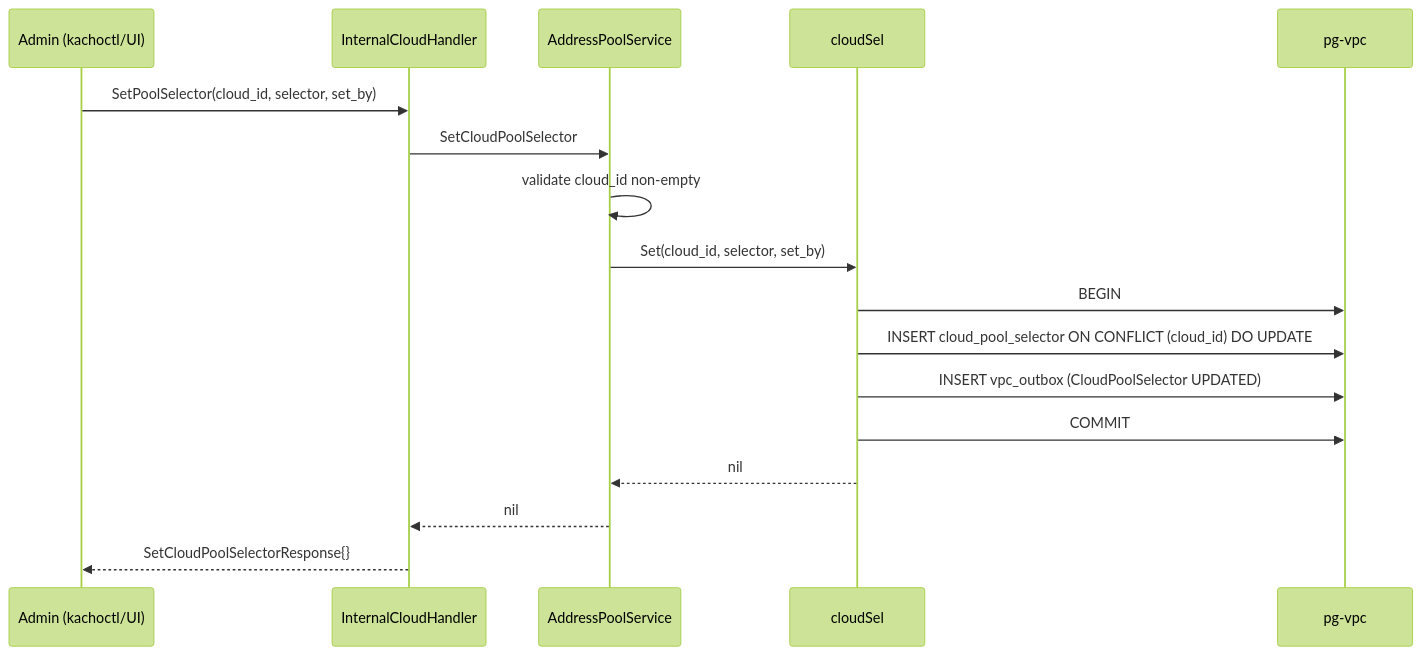
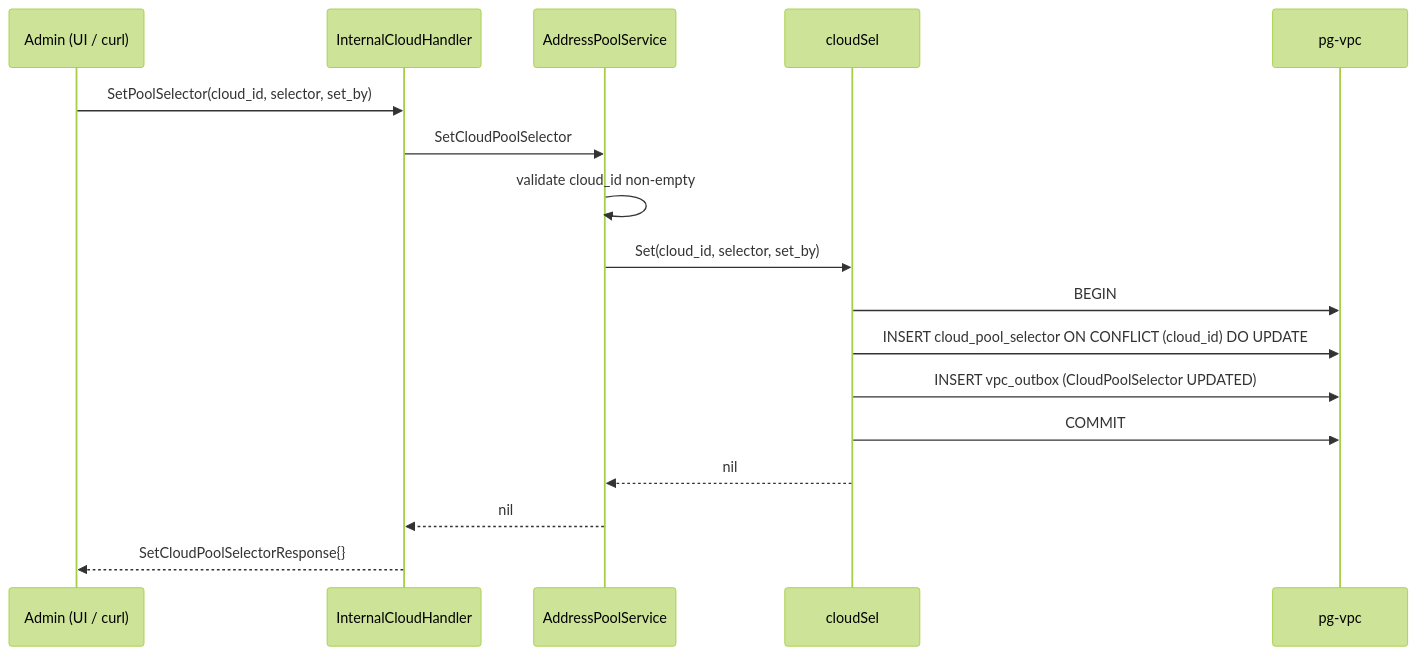
One commit to PRO-Robotech/kacho-vpc changed the ninth of 9 diagrams in docs/architecture/02-data-flows.md. Above: the diagram before and after it, drawn with Mermaid (forest theme). The commit also changed 13 other files, not shown here.

First line of the commit message:
chore: удалить kachoctl-ipam CLI — admin-операции через api-gateway REST / UI

````diff
--- a/docs/architecture/02-data-flows.md
+++ b/docs/architecture/02-data-flows.md
@@ -325,20 +325,20 @@
 ```mermaid
 sequenceDiagram
-  participant Admin as Admin (kachoctl/UI)
+  participant Admin as Admin (UI / curl)
   participant H as InternalCloudHandler
   participant S as AddressPoolService
   participant Repo as cloudSel
   participant DB as pg-vpc
 
   Admin->>H: SetPoolSelector(cloud_id, selector, set_by)
   H->>S: SetCloudPoolSelector
   S->>S: validate cloud_id non-empty
   S->>Repo: Set(cloud_id, selector, set_by)
   Repo->>DB: BEGIN
   Repo->>DB: INSERT cloud_pool_selector ON CONFLICT (cloud_id) DO UPDATE
   Repo->>DB: INSERT vpc_outbox (CloudPoolSelector UPDATED)
   Repo->>DB: COMMIT
   Repo-->>S: nil
   S-->>H: nil
   H-->>Admin: SetCloudPoolSelectorResponse{}
 ```
````
